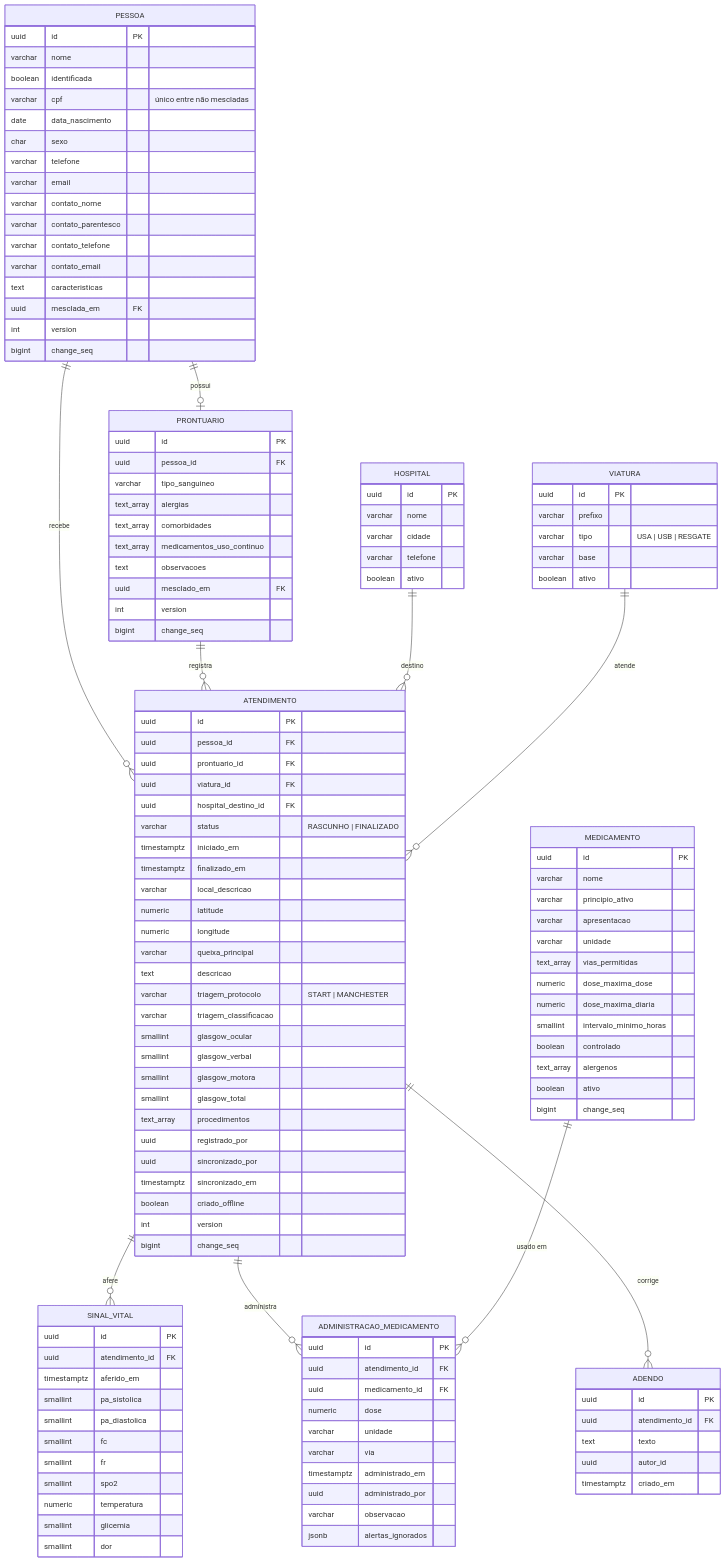
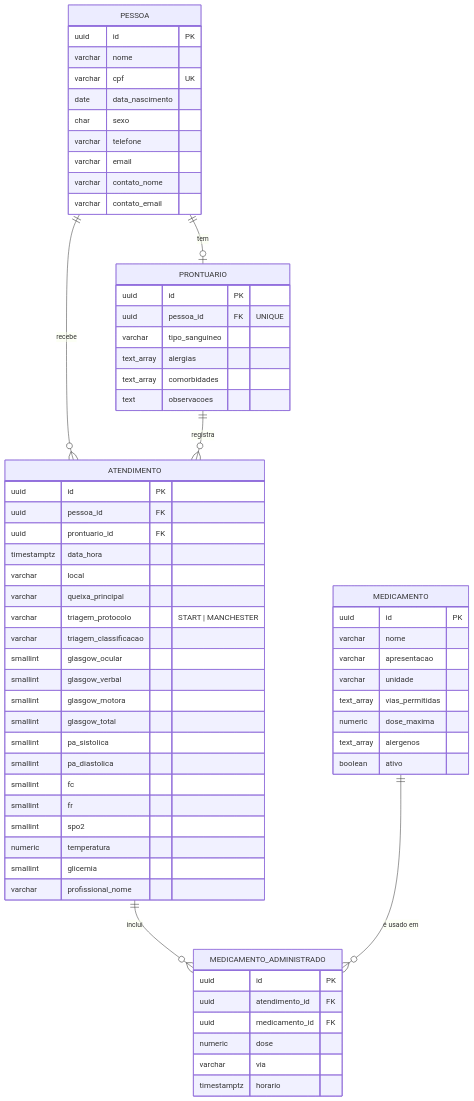
One commit to joaogehlen/MedicalField changed the first of 2 diagrams in docs/05-banco-de-dados.md. Above: the diagram before and after it, drawn with Mermaid. The commit also changed other lines of this file and 40 other files, not shown here.

````diff
--- a/docs/05-banco-de-dados.md
+++ b/docs/05-banco-de-dados.md
@@ -41,77 +41,42 @@
 ```mermaid
 erDiagram
-    PESSOA ||--o| PRONTUARIO : "possui"
+    PESSOA ||--o| PRONTUARIO : "tem"
     PESSOA ||--o{ ATENDIMENTO : "recebe"
     PRONTUARIO ||--o{ ATENDIMENTO : "registra"
-    ATENDIMENTO ||--o{ SINAL_VITAL : "afere"
-    ATENDIMENTO ||--o{ ADMINISTRACAO_MEDICAMENTO : "administra"
-    ATENDIMENTO ||--o{ ADENDO : "corrige"
-    MEDICAMENTO ||--o{ ADMINISTRACAO_MEDICAMENTO : "usado em"
-    HOSPITAL ||--o{ ATENDIMENTO : "destino"
-    VIATURA ||--o{ ATENDIMENTO : "atende"
-
+    ATENDIMENTO ||--o{ MEDICAMENTO_ADMINISTRADO : "inclui"
+    MEDICAMENTO ||--o{ MEDICAMENTO_ADMINISTRADO : "é usado em"
     PESSOA {
         uuid id PK
         varchar nome
-        boolean identificada
-        varchar cpf "único entre não mescladas"
+        varchar cpf UK
         date data_nascimento
         char sexo
         varchar telefone
         varchar email
         varchar contato_nome
-        varchar contato_parentesco
-        varchar contato_telefone
         varchar contato_email
-        text caracteristicas
-        uuid mesclada_em FK
-        int version
-        bigint change_seq
     }
     PRONTUARIO {
         uuid id PK
-        uuid pessoa_id FK
+        uuid pessoa_id FK "UNIQUE"
         varchar tipo_sanguineo
         text_array alergias
         text_array comorbidades
-        text_array medicamentos_uso_continuo
         text observacoes
-        uuid mesclado_em FK
-        int version
-        bigint change_seq
     }
     ATENDIMENTO {
         uuid id PK
         uuid pessoa_id FK
         uuid prontuario_id FK
-        uuid viatura_id FK
-        uuid hospital_destino_id FK
-        varchar status "RASCUNHO | FINALIZADO"
-        timestamptz iniciado_em
-        timestamptz finalizado_em
-        varchar local_descricao
-        numeric latitude
-        numeric longitude
+        timestamptz data_hora
+        varchar local
         varchar queixa_principal
-        text descricao
         varchar triagem_protocolo "START | MANCHESTER"
         varchar triagem_classificacao
         smallint glasgow_ocular
         smallint glasgow_verbal
         smallint glasgow_motora
         smallint glasgow_total
-        text_array procedimentos
-        uuid registrado_por
-        uuid sincronizado_por
-        timestamptz sincronizado_em
-        boolean criado_offline
-        int version
-        bigint change_seq
-    }
-    SINAL_VITAL {
-        uuid id PK
-        uuid atendimento_id FK
-        timestamptz aferido_em
         smallint pa_sistolica
         smallint pa_diastolica
         smallint fc
@@ -119,54 +84,24 @@
         smallint spo2
         numeric temperatura
         smallint glicemia
-        smallint dor
+        varchar profissional_nome
     }
-    ADMINISTRACAO_MEDICAMENTO {
+    MEDICAMENTO_ADMINISTRADO {
         uuid id PK
         uuid atendimento_id FK
         uuid medicamento_id FK
         numeric dose
-        varchar unidade
         varchar via
-        timestamptz administrado_em
-        uuid administrado_por
-        varchar observacao
-        jsonb alertas_ignorados
-    }
-    ADENDO {
-        uuid id PK
-        uuid atendimento_id FK
-        text texto
-        uuid autor_id
-        timestamptz criado_em
+        timestamptz horario
     }
     MEDICAMENTO {
         uuid id PK
         varchar nome
-        varchar principio_ativo
         varchar apresentacao
         varchar unidade
         text_array vias_permitidas
-        numeric dose_maxima_dose
-        numeric dose_maxima_diaria
-        smallint intervalo_minimo_horas
-        boolean controlado
+        numeric dose_maxima
         text_array alergenos
-        boolean ativo
-        bigint change_seq
-    }
-    HOSPITAL {
-        uuid id PK
-        varchar nome
-        varchar cidade
-        varchar telefone
-        boolean ativo
-    }
-    VIATURA {
-        uuid id PK
-        varchar prefixo
-        varchar tipo "USA | USB | RESGATE"
-        varchar base
         boolean ativo
     }
 ```
````
